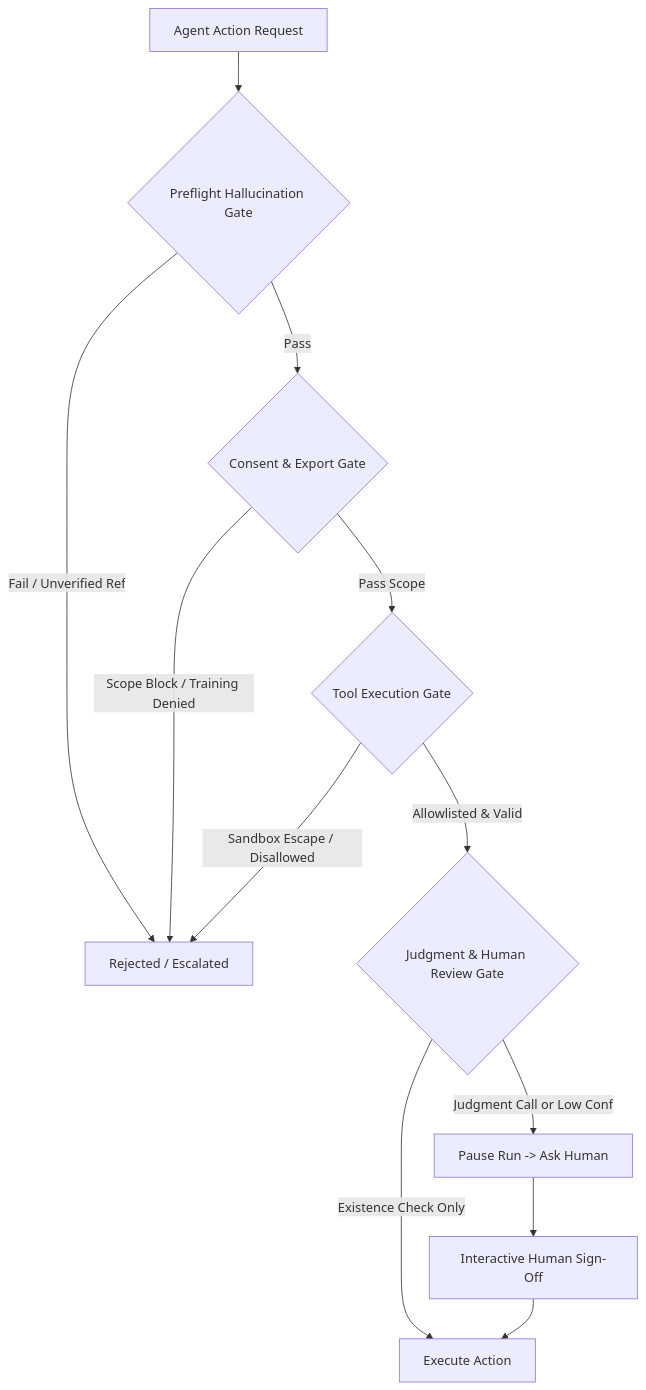
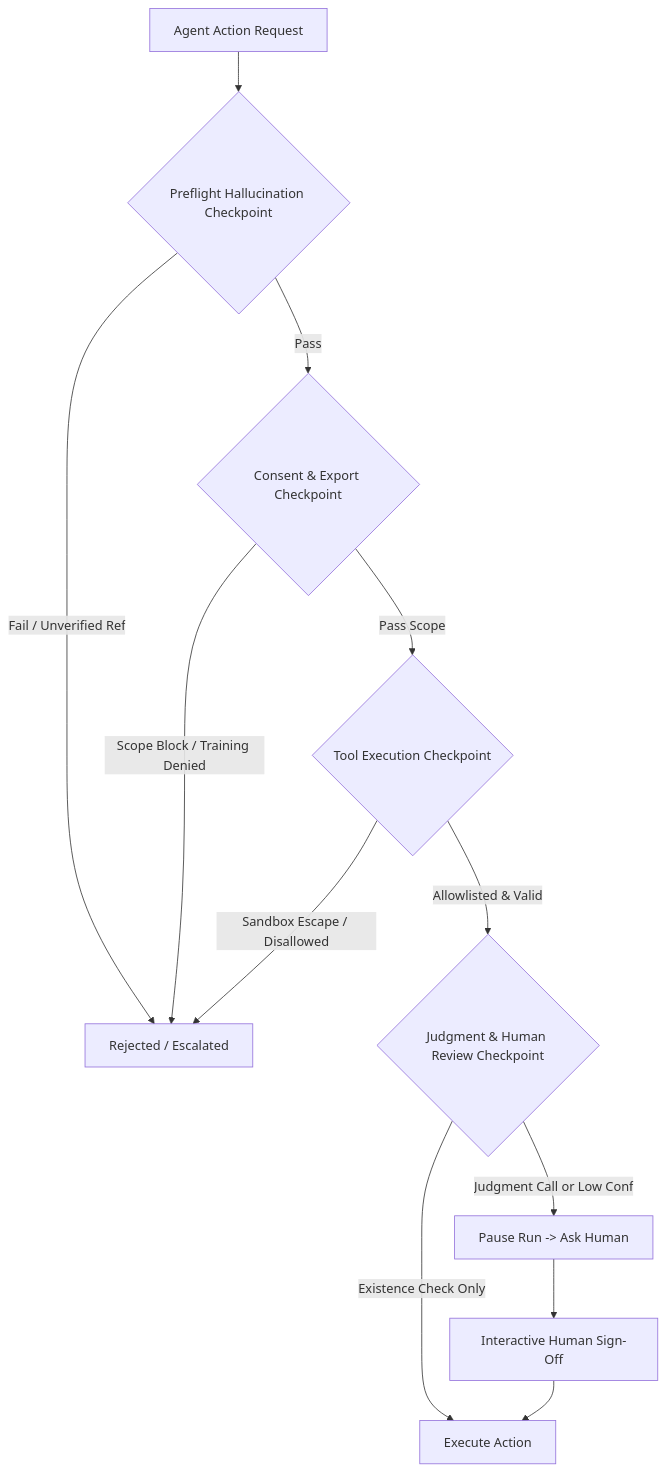
Before and after one commit to ashleycribb/s3a-storage: the third of 3 diagrams in docs/spec/S3A-VAULT.md, drawn with Mermaid. The commit also changed other lines of this file and 16 other files, not shown here.

````diff
--- a/docs/spec/S3A-VAULT.md
+++ b/docs/spec/S3A-VAULT.md
@@ -466,14 +574,14 @@
 ```mermaid
 flowchart TD
-    Req["Agent Action Request"] --> G1{"Preflight Hallucination Gate"}
-    G1 -- Pass --> G2{"Consent & Export Gate"}
-    G1 -- Fail / Unverified Ref --> Rej["Rejected / Escalated"]
-    G2 -- Pass Scope --> G3{"Tool Execution Gate"}
-    G2 -- Scope Block / Training Denied --> Rej
-    G3 -- Allowlisted & Valid --> G4{"Judgment & Human Review Gate"}
-    G3 -- Sandbox Escape / Disallowed --> Rej
-    G4 -- Existence Check Only --> Exec["Execute Action"]
-    G4 -- Judgment Call or Low Conf --> Pause["Pause Run -> Ask Human"]
+    Req["Agent Action Request"] --> C1{"Preflight Hallucination Checkpoint"}
+    C1 -- Pass --> C2{"Consent & Export Checkpoint"}
+    C1 -- Fail / Unverified Ref --> Rej["Rejected / Escalated"]
+    C2 -- Pass Scope --> C3{"Tool Execution Checkpoint"}
+    C2 -- Scope Block / Training Denied --> Rej
+    C3 -- Allowlisted & Valid --> C4{"Judgment & Human Review Checkpoint"}
+    C3 -- Sandbox Escape / Disallowed --> Rej
+    C4 -- Existence Check Only --> Exec["Execute Action"]
+    C4 -- Judgment Call or Low Conf --> Pause["Pause Run -> Ask Human"]
     Pause --> Resume["Interactive Human Sign-Off"]
     Resume --> Exec
 ```
````
